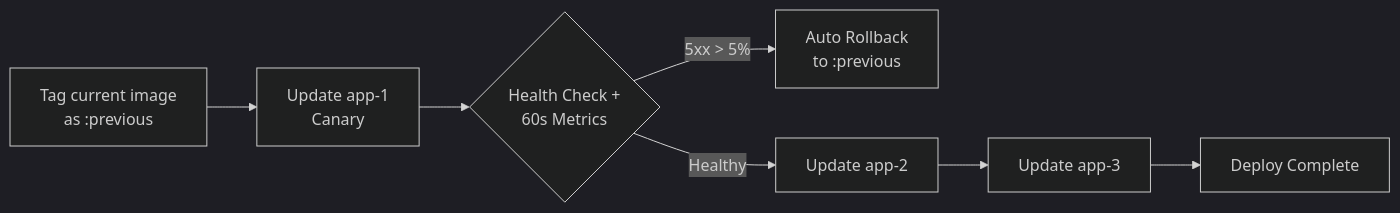
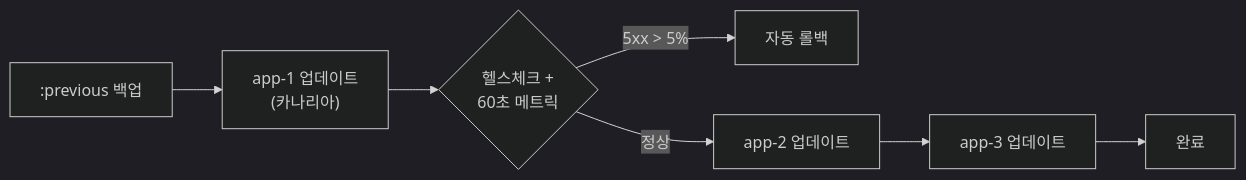
The second of 3 diagrams in architecture/infrastructure.md (with-co-talk/co-talk-docs), drawn with Mermaid (dark theme) before and after one commit. The commit also changed other lines of this file and 4 other files, not shown here.

````diff
--- a/architecture/infrastructure.md
+++ b/architecture/infrastructure.md
@@ -109,9 +77,9 @@
 ```mermaid
 graph LR
-    A[Tag current image<br/>as :previous] --> B[Update app-1<br/>Canary]
-    B --> C{Health Check +<br/>60s Metrics}
-    C -->|5xx > 5%| D[Auto Rollback<br/>to :previous]
-    C -->|Healthy| E[Update app-2]
-    E --> F[Update app-3]
-    F --> G[Deploy Complete]
+    A[":previous 백업"] --> B["app-1 업데이트<br/>(카나리아)"]
+    B --> C{"헬스체크 +<br/>60초 메트릭"}
+    C -->|"5xx > 5%"| D[자동 롤백]
+    C -->|정상| E[app-2 업데이트]
+    E --> F[app-3 업데이트]
+    F --> G[완료]
 ```
````
